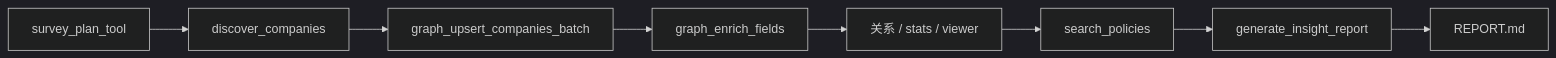
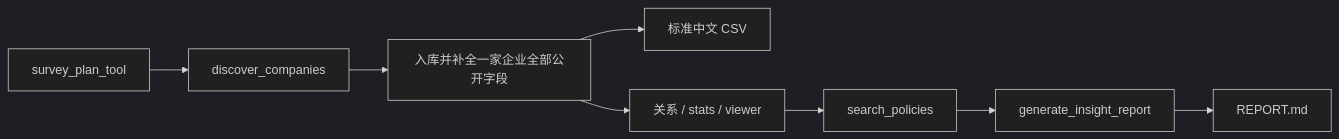
The third of 9 diagrams in docs/全流程.md (192tt/industry-graph-mcp), drawn with Mermaid (dark theme) before and after one commit. The commit also changed other lines of this file and 11 other files, not shown here.

Commit message:
Publish industry graph MCP 0.6.0 and student collaboration guide

````diff
--- a/docs/全流程.md
+++ b/docs/全流程.md
@@ -106,10 +115,10 @@
 ```mermaid
 flowchart LR
   P[survey_plan_tool] --> D[discover_companies]
-  D --> B[graph_upsert_companies_batch]
-  B --> E[graph_enrich_fields]
-  E --> Rel[关系 / stats / viewer]
+  D --> B[入库并补全一家企业全部公开字段]
+  B --> CSV[标准中文 CSV]
+  B --> Rel[关系 / stats / viewer]
   Rel --> Pol[search_policies]
   Pol --> Rep[generate_insight_report]
   Rep --> MD[REPORT.md]
 ```
````
